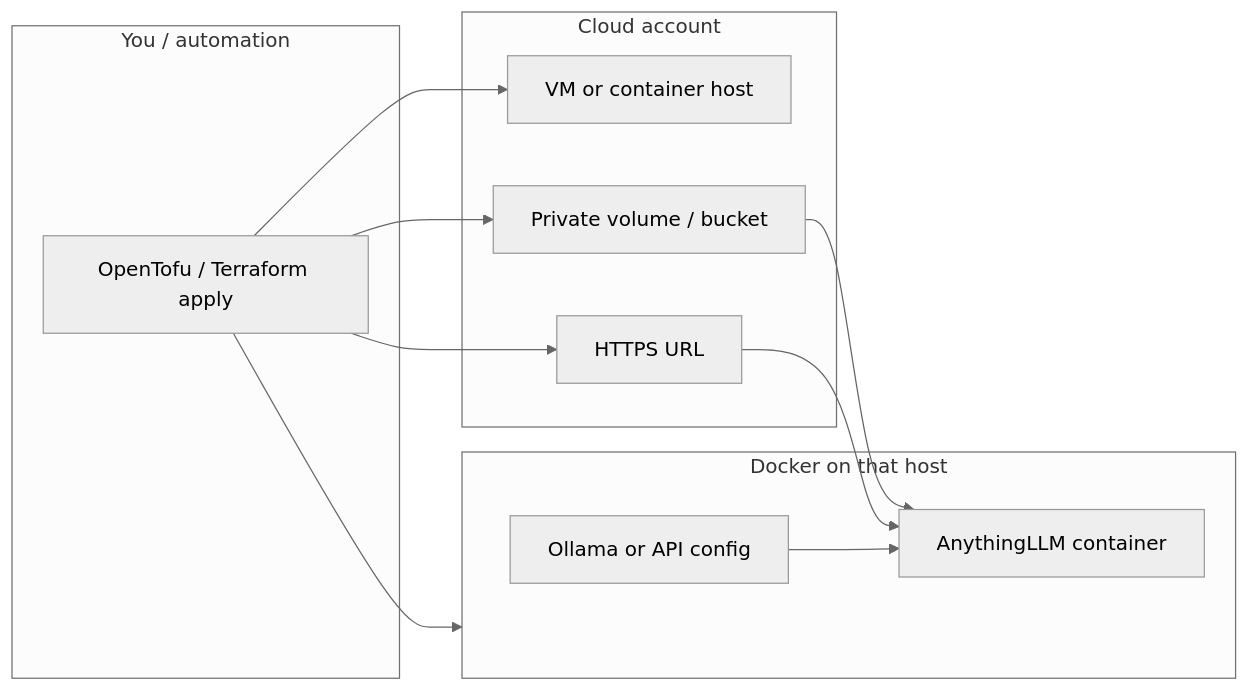
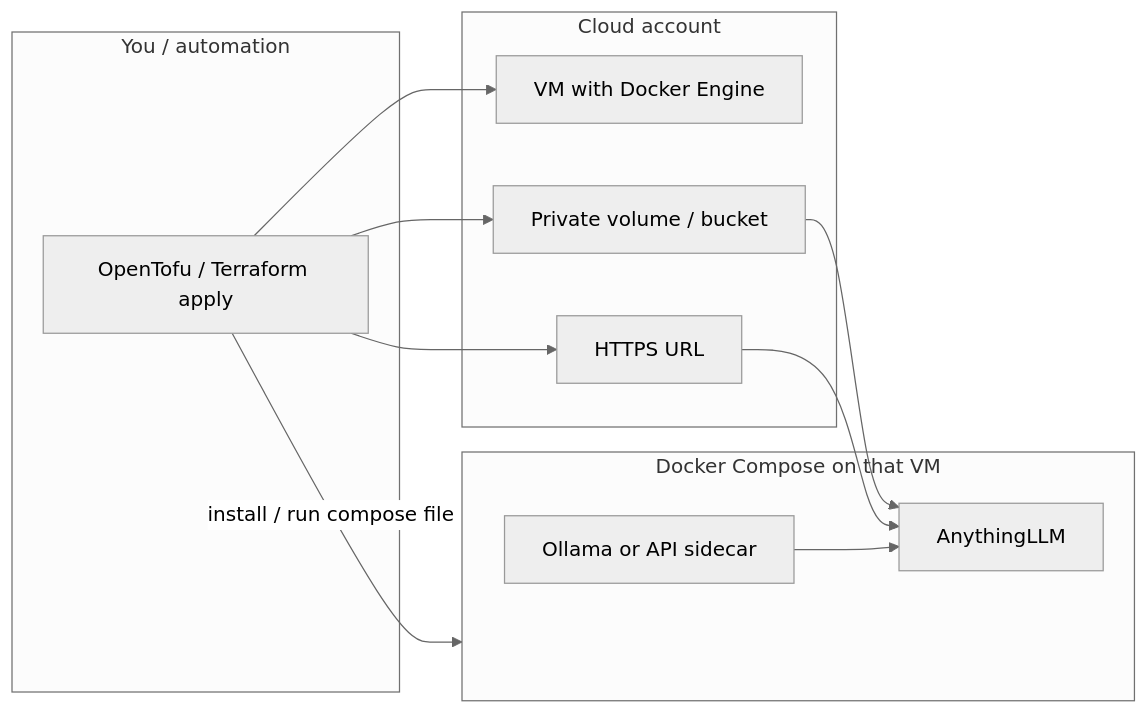
One commit to cameronhumdev/Autodesk-MCP changed the first of 3 diagrams in PLAN.md. Above: the diagram before and after it, drawn with Mermaid (neutral theme). The commit also changed other lines of this file, not shown here.

Commit message:
Clarify Docker Engine vs Compose vs Terraform roles in the plan.

````diff
--- a/PLAN.md
+++ b/PLAN.md
@@ -53,22 +62,22 @@
 ```mermaid
 flowchart LR
   subgraph ops [You / automation]
     T[OpenTofu / Terraform apply]
   end
   subgraph cloud [Cloud account]
-    VM[VM or container host]
+    VM[VM with Docker Engine]
     Vol[Private volume / bucket]
     DNS[HTTPS URL]
   end
-  subgraph docker [Docker on that host]
-    ALLM[AnythingLLM container]
-    LLM[Ollama or API config]
+  subgraph compose [Docker Compose on that VM]
+    ALLM[AnythingLLM]
+    LLM[Ollama or API sidecar]
   end
   T --> VM
   T --> Vol
   T --> DNS
-  T --> docker
+  T -->|install / run compose file| compose
   Vol --> ALLM
   LLM --> ALLM
   DNS --> ALLM
 ```
````
